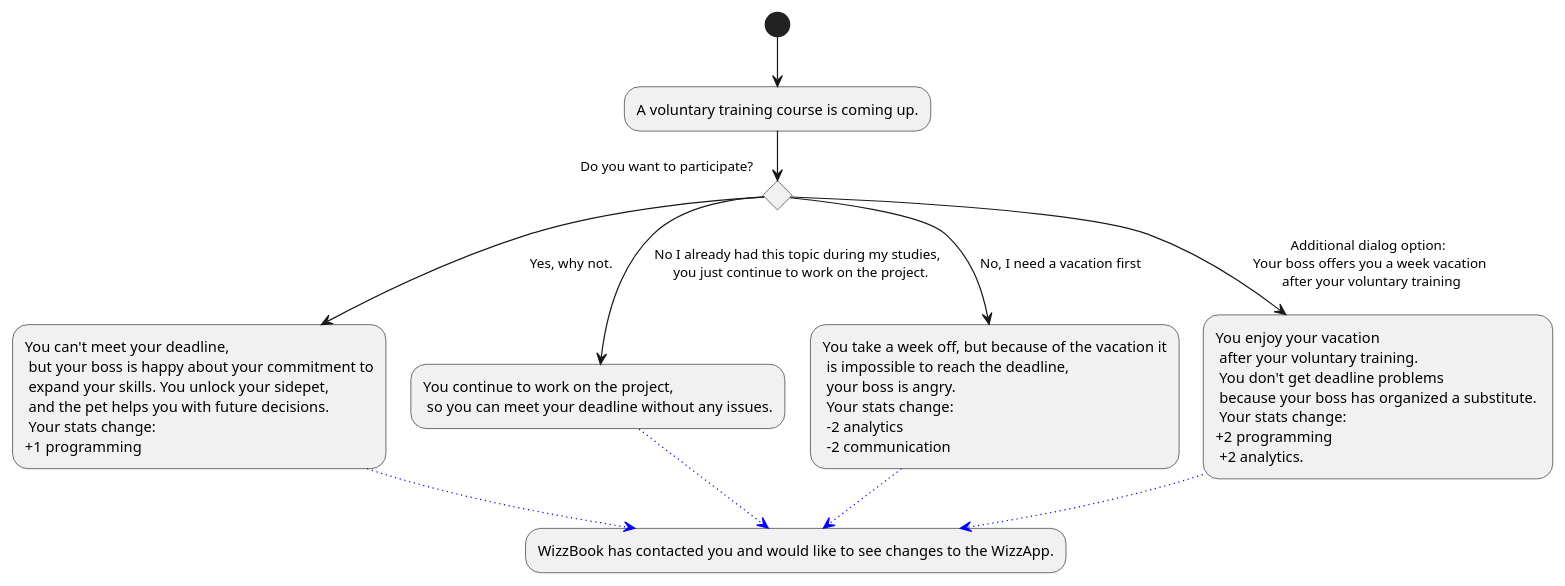
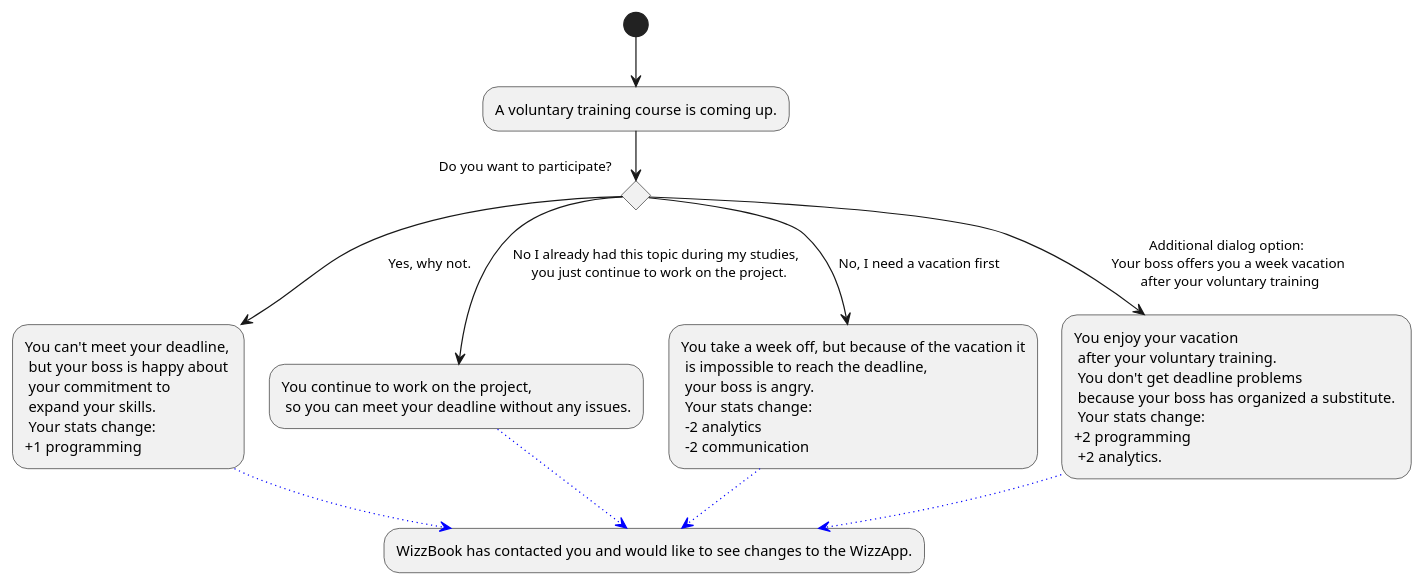
One commit to Brotenko/QualityQuest changed the diagram in Docs/Technical Specifications/docs/diagrams/StoryFlow/StoryFlow_Decision_9.puml. Above: the diagram before and after it, drawn with PlantUML. The commit also changed 20 other files, not shown here.

```diff
--- a/Docs/Technical Specifications/docs/diagrams/StoryFlow/StoryFlow_Decision_9.puml
+++ b/Docs/Technical Specifications/docs/diagrams/StoryFlow/StoryFlow_Decision_9.puml
@@ -1,18 +1,18 @@
 @startuml
 (*) --> "A voluntary training course is coming up."
 
 if "Do you want to participate?" then
---> [Yes, why not.] "You can't meet your deadline,\n but your boss is happy about your commitment to\n expand your skills. You unlock your sidepet, \n and the pet helps you with future decisions.\n Your stats change: \n+1 programming" as participate
+--> [Yes, why not.] "You can't meet your deadline,\n but your boss is happy about \n your commitment to\n expand your skills. \n Your stats change: \n+1 programming" as participate
 else
 --> [No I already had this topic during my studies, \n you just continue to work on the project.] "You continue to work on the project, \n so you can meet your deadline without any issues." as keepWorking
 else 
 --> [No, I need a vacation first] "You take a week off, but because of the vacation it\n is impossible to reach the deadline, \n your boss is angry. \n Your stats change: \n -2 analytics \n -2 communication" as vacation
 else 
 --> [Additional dialog option: \n Your boss offers you a week vacation \n after your voluntary training] "You enjoy your vacation \n after your voluntary training. \n You don't get deadline problems \n because your boss has organized a substitute. \n Your stats change: \n+2 programming \n +2 analytics."
 endif
 'Note: project not final, its just a filler.
 -[#blue,dotted]-> "WizzBook has contacted you and would like to see changes to the WizzApp." as nextDecision
 keepWorking -[#blue,dotted]-> nextDecision
 participate -[#blue,dotted]-> nextDecision
 vacation -[#blue,dotted]-> nextDecision
 @enduml
```
